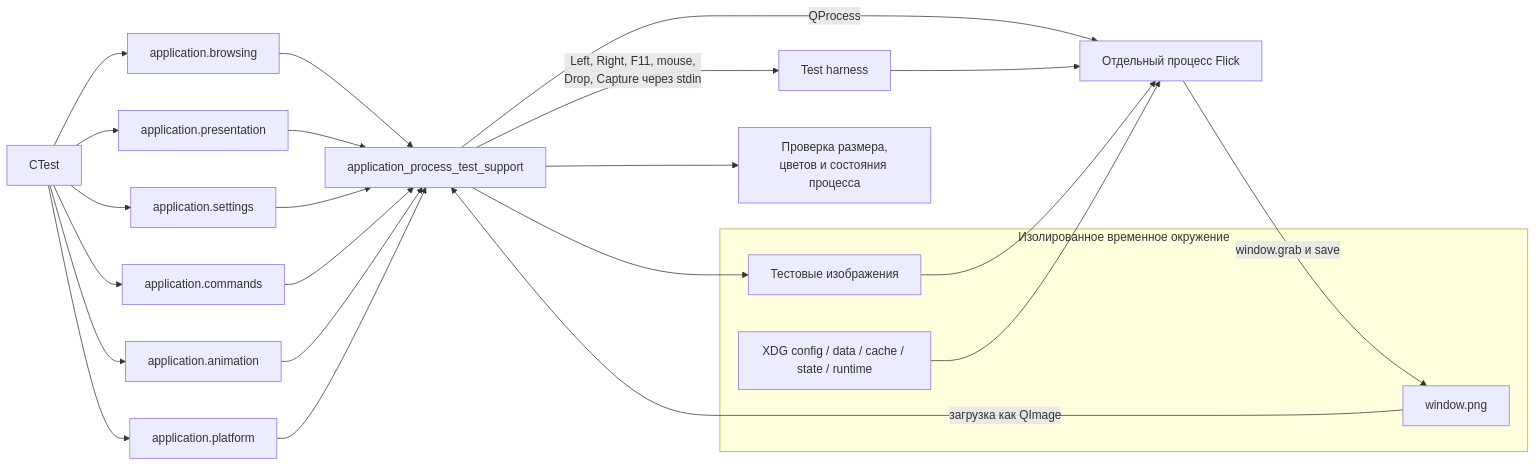
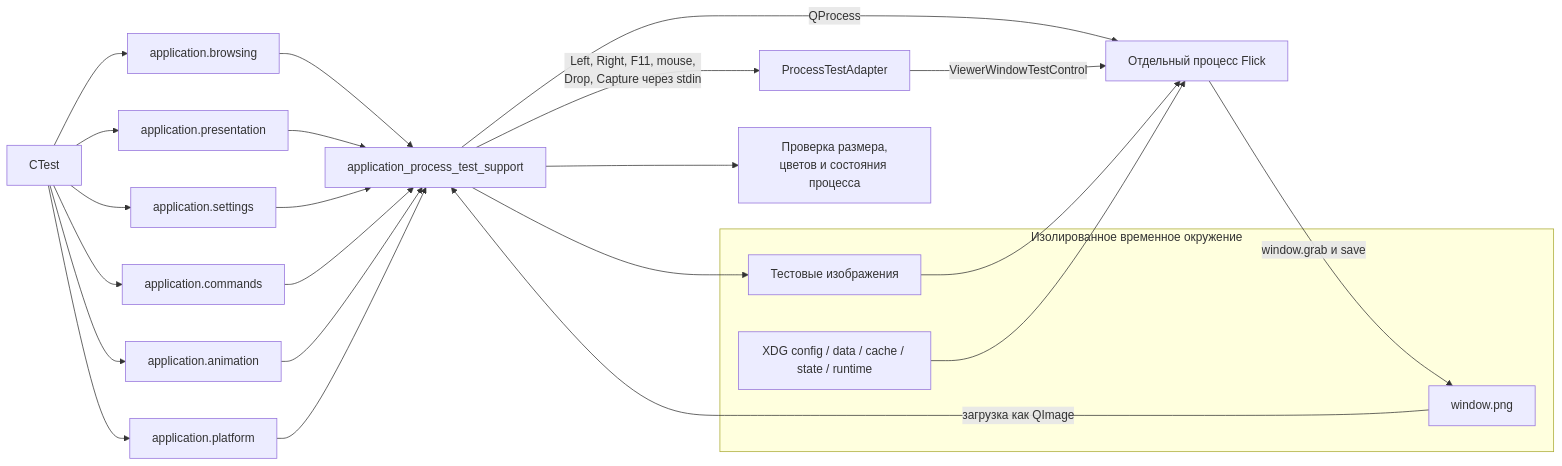
One commit to Lannselot/Flick changed the fourth of 4 diagrams in docs/architecture.md. Above: the diagram before and after it, drawn with Mermaid. The commit also changed other lines of this file and 8 other files, not shown here.

Commit message:
Contract ViewerWindow ownership

````diff
--- a/docs/architecture.md
+++ b/docs/architecture.md
@@ -255,26 +263,26 @@
 ```mermaid
 flowchart LR
     CTest[CTest] --> Browsing[application.browsing]
     CTest --> Presentation[application.presentation]
     CTest --> Settings[application.settings]
     CTest --> Commands[application.commands]
     CTest --> Animation[application.animation]
     CTest --> Platform[application.platform]
     Browsing & Presentation & Settings & Commands & Animation & Platform --> Support[application_process_test_support]
     Support -->|QProcess| App[Отдельный процесс Flick]
 
     subgraph Isolated[Изолированное временное окружение]
         XDG[XDG config / data / cache / state / runtime]
         Fixtures[Тестовые изображения]
         Screenshot[window.png]
     end
 
     Support --> Fixtures
     Fixtures --> App
-    Support -->|Left, Right, F11, mouse,<br/>Drop, Capture через stdin| Harness[Test harness]
-    Harness --> App
+    Support -->|Left, Right, F11, mouse,<br/>Drop, Capture через stdin| Adapter[ProcessTestAdapter]
+    Adapter -->|ViewerWindowTestControl| App
     App -->|window.grab и save| Screenshot
     Screenshot -->|загрузка как QImage| Support
     Support --> Assertions[Проверка размера,<br/>цветов и состояния процесса]
     XDG --> App
 ```
````
